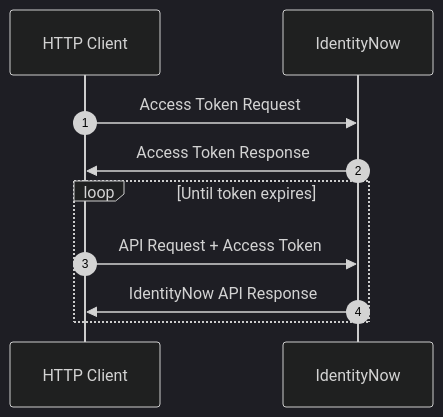
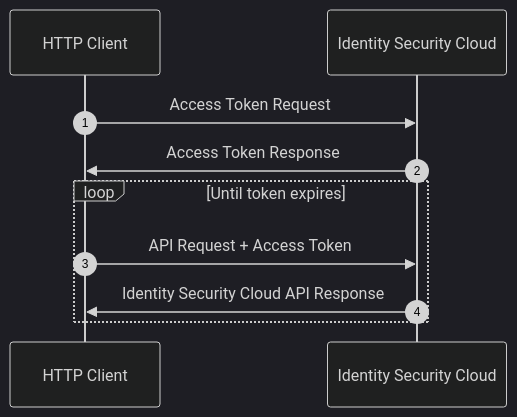
One commit to sailpoint-oss/developer.sailpoint.com changed the first of 2 diagrams in docs/api/authentication.md. Above: the diagram before and after it, drawn with Mermaid (dark theme). The commit also changed other lines of this file and 93 other files, not shown here.

Commit message:
Add more redirects, update docs with Identity Security Cloud

````diff
--- a/docs/api/authentication.md
+++ b/docs/api/authentication.md
@@ -35,14 +35,14 @@
 ```mermaid
 sequenceDiagram
     autonumber
     participant H as HTTP Client
-    participant I as IdentityNow
+    participant I as Identity Security Cloud
 
     H->>I: Access Token Request
     I->>H: Access Token Response
 
     loop Until token expires
     H->>I: API Request + Access Token
-    I->>H: IdentityNow API Response
+    I->>H: Identity Security Cloud API Response
     end
 ```
````
